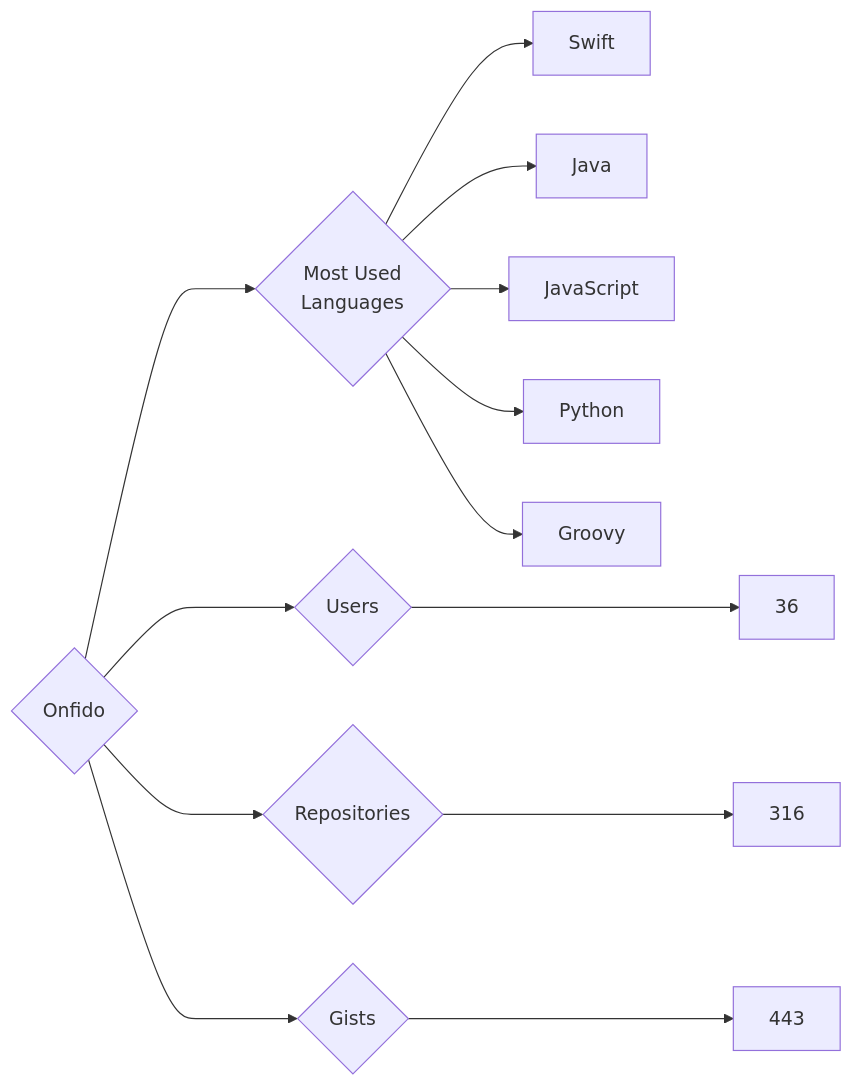
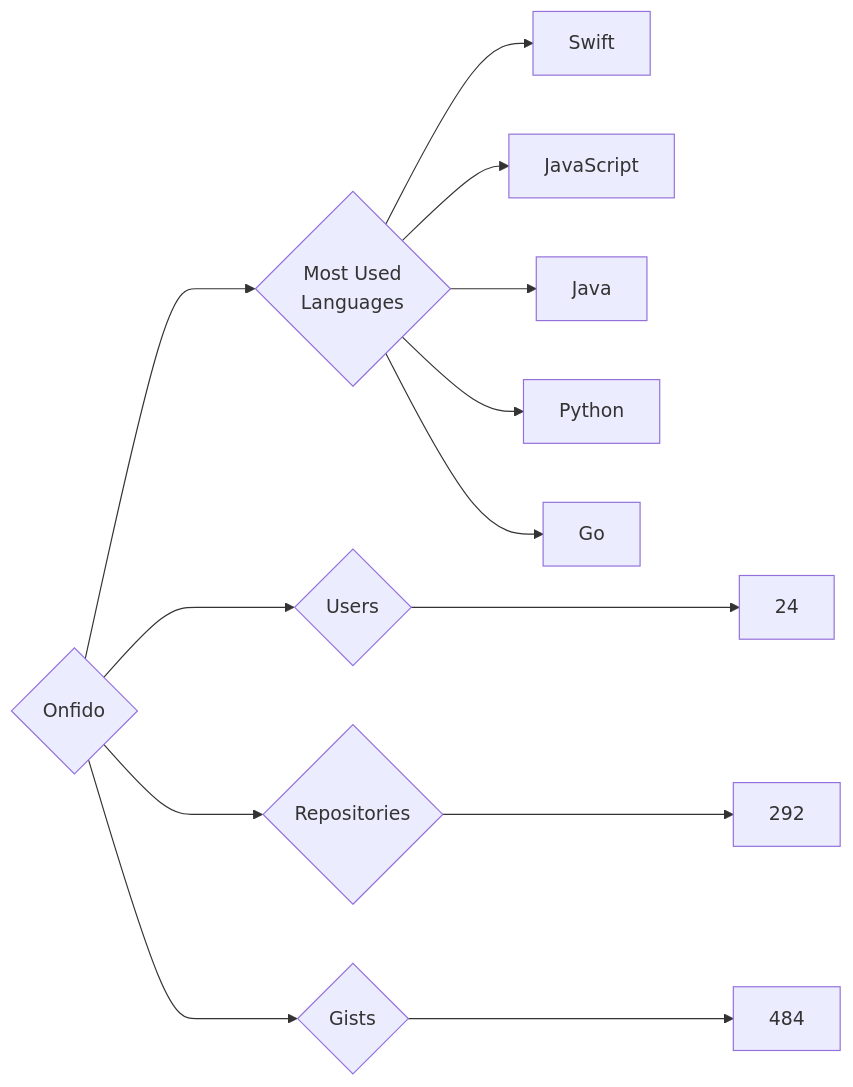
Before and after one commit to trickest/insiders: the diagram in targets/Onfido/README.md, drawn with Mermaid. The commit also changed 939 other files, not shown here.

````diff
--- a/targets/Onfido/README.md
+++ b/targets/Onfido/README.md
@@ -3,13 +3,13 @@
 ```mermaid
 graph LR
 COMPANY_NAME{Onfido}
-COMPANY_NAME ---> U{Users} ---> UN[36]
-COMPANY_NAME ---> R{Repositories} ---> RN[316]
-COMPANY_NAME ---> G{Gists} ---> GN[443]
+COMPANY_NAME ---> U{Users} ---> UN[24]
+COMPANY_NAME ---> R{Repositories} ---> RN[292]
+COMPANY_NAME ---> G{Gists} ---> GN[484]
 COMPANY_NAME ---> ML{Most Used<br>Languages}
 ML --> Swift[Swift]
+ML --> JavaScript[JavaScript]
 ML --> Java[Java]
-ML --> JavaScript[JavaScript]
 ML --> Python[Python]
-ML --> Groovy[Groovy]
+ML --> Go[Go]
 ```
````
